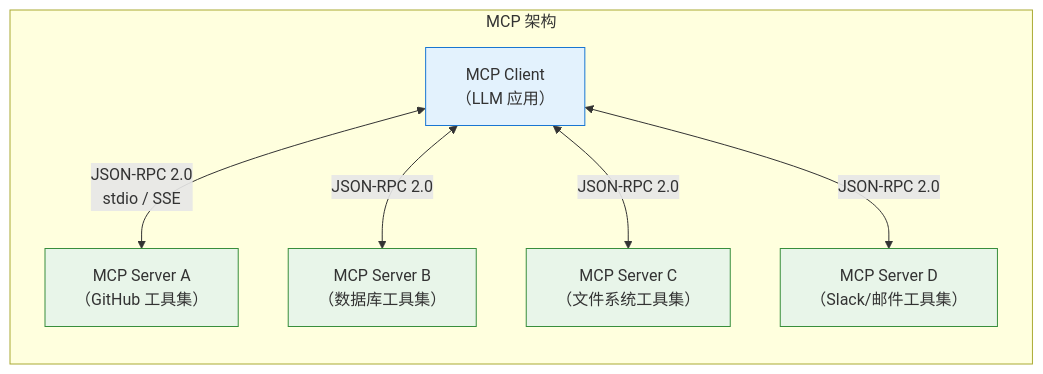
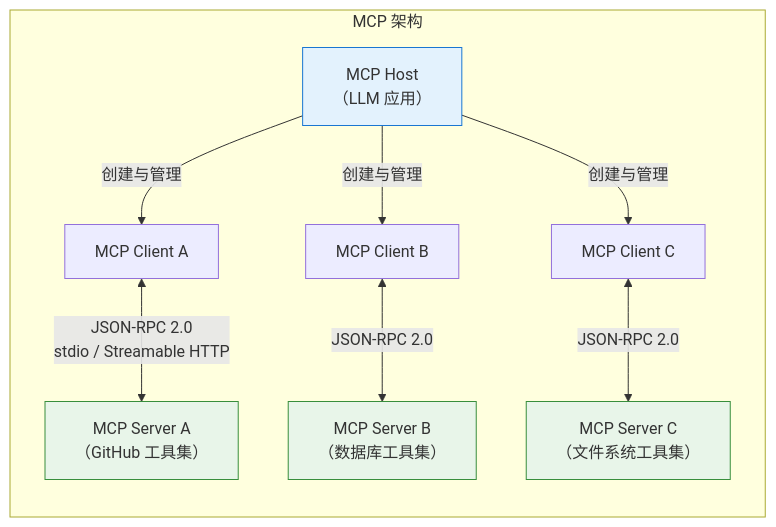
One commit to BeefWrap4/LLM-Knowledge-Base changed the sixth of 20 diagrams in 15_Agent智能体开发.md. Above: the diagram before and after it, drawn with Mermaid. The commit also changed other lines of this file and 8 other files, not shown here.

Commit message:
Fix Mermaid semantics and Obsidian layouts

````diff
--- a/15_Agent智能体开发.md
+++ b/15_Agent智能体开发.md
@@ -834,23 +830,26 @@
 ```mermaid
 graph TB
     subgraph "MCP 架构"
         direction TB
         
-        Client["MCP Client<br/>（LLM 应用）"]
+        Host["MCP Host<br/>（LLM 应用）"]
+        Client1["MCP Client A"]
+        Client2["MCP Client B"]
+        Client3["MCP Client C"]
         Server1["MCP Server A<br/>（GitHub 工具集）"]
         Server2["MCP Server B<br/>（数据库工具集）"]
         Server3["MCP Server C<br/>（文件系统工具集）"]
-        Server4["MCP Server D<br/>（Slack/邮件工具集）"]
         
-        Client <-->|"JSON-RPC 2.0<br/>stdio / SSE"| Server1
-        Client <-->|"JSON-RPC 2.0"| Server2
-        Client <-->|"JSON-RPC 2.0"| Server3
-        Client <-->|"JSON-RPC 2.0"| Server4
+        Host -->|"创建与管理"| Client1
+        Host -->|"创建与管理"| Client2
+        Host -->|"创建与管理"| Client3
+        Client1 <-->|"JSON-RPC 2.0<br/>stdio / Streamable HTTP"| Server1
+        Client2 <-->|"JSON-RPC 2.0"| Server2
+        Client3 <-->|"JSON-RPC 2.0"| Server3
     end
     
-    style Client fill:#e3f2fd,stroke:#1976d2
+    style Host fill:#e3f2fd,stroke:#1976d2
     style Server1 fill:#e8f5e9,stroke:#388e3c
     style Server2 fill:#e8f5e9,stroke:#388e3c
     style Server3 fill:#e8f5e9,stroke:#388e3c
-    style Server4 fill:#e8f5e9,stroke:#388e3c
 ```
````
